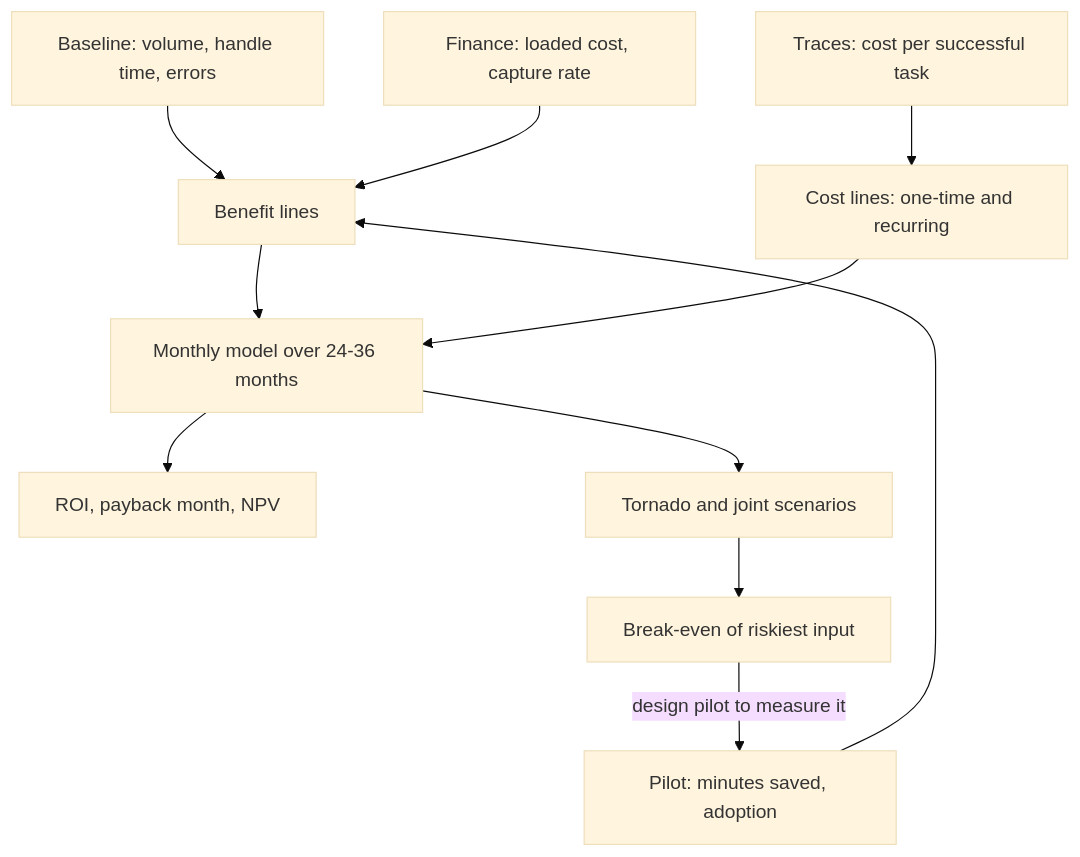
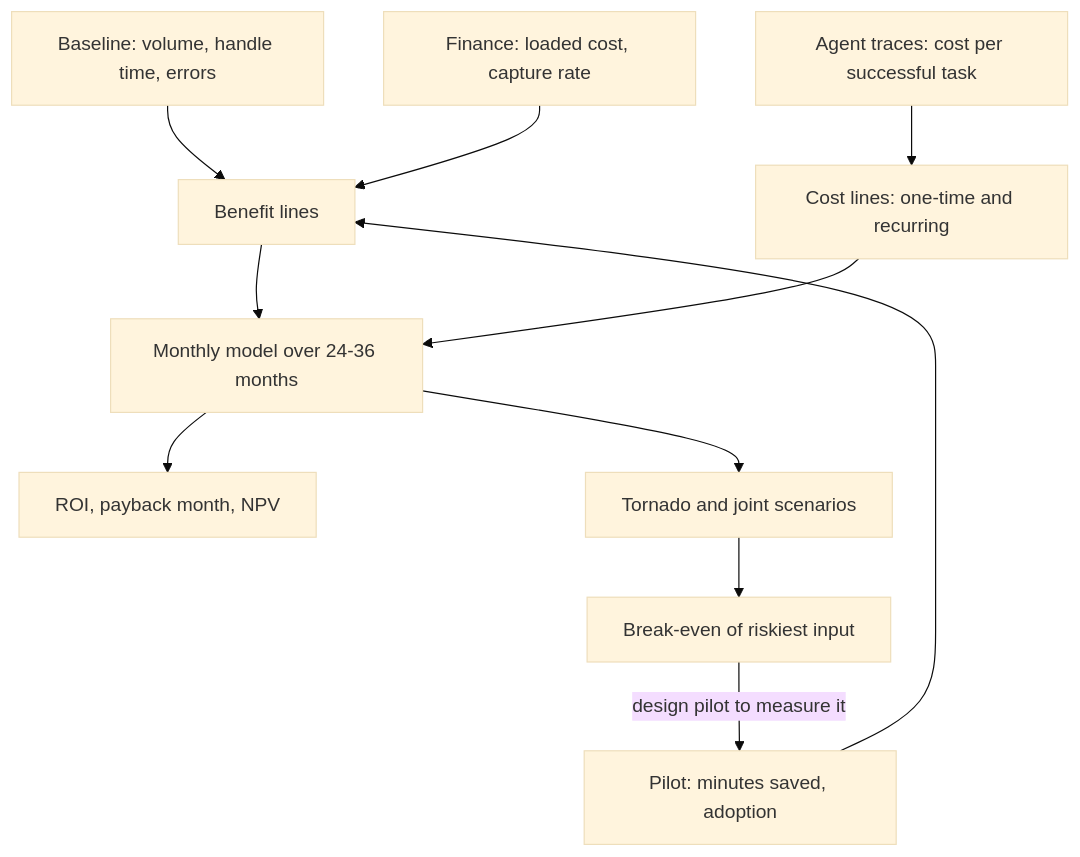
One commit to lovishmahajan97/agentic-learning changed the diagram in content/scoping/roi-model.md. Above: the diagram before and after it, drawn with Mermaid (base theme). The commit also changed other lines of this file and 485 other files, not shown here.

````diff
--- a/content/scoping/roi-model.md
+++ b/content/scoping/roi-model.md
@@ -101,13 +115,13 @@
 ```mermaid
 flowchart TD
     B["Baseline: volume, handle time, errors"] --> BEN["Benefit lines"]
     F["Finance: loaded cost, capture rate"] --> BEN
     P["Pilot: minutes saved, adoption"] --> BEN
-    T["Traces: cost per successful task"] --> C["Cost lines: one-time and recurring"]
+    T["Agent traces: cost per successful task"] --> C["Cost lines: one-time and recurring"]
     BEN --> M["Monthly model over 24-36 months"]
     C --> M
     M --> R["ROI, payback month, NPV"]
     M --> S["Tornado and joint scenarios"]
     S --> BE["Break-even of riskiest input"]
     BE -->|"design pilot to measure it"| P
 ```
````
